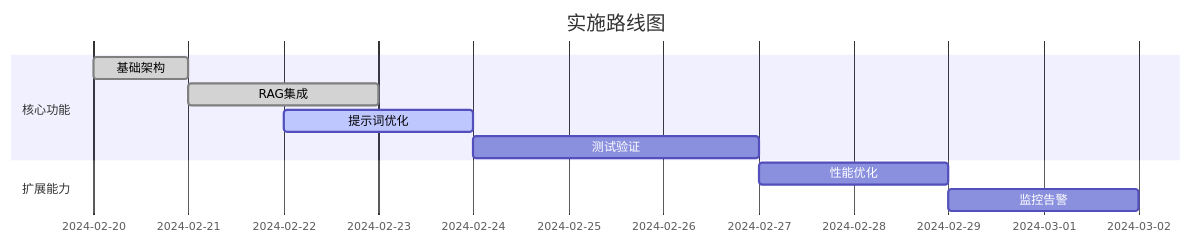
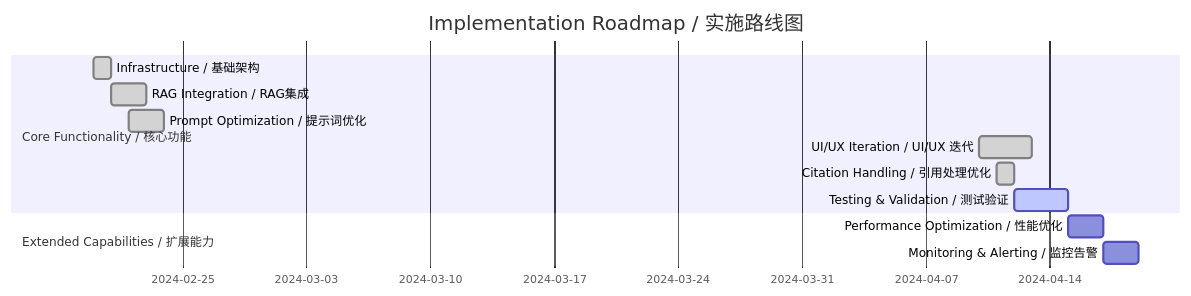
One commit to sztimhdd/AI_BIAN changed the third of 3 diagrams in README.md. Above: the diagram before and after it, drawn with Mermaid. The commit also changed other lines of this file, not shown here.

````diff
--- a/README.md
+++ b/README.md
@@ -128,13 +178,15 @@
 ```mermaid
 gantt
-    title 实施路线图
+    title Implementation Roadmap / 实施路线图
     dateFormat  YYYY-MM-DD
-    section 核心功能
-    基础架构       :done, des1, 2024-02-20, 1d
-    RAG集成        :done, des2, 2024-02-21, 2d
-    提示词优化     :active, des3, 2024-02-22, 2d
-    测试验证       : des4, after des3, 3d
-    section 扩展能力
-    性能优化       : des5, after des4, 2d
-    监控告警       : des6, after des5, 2d
+    section Core Functionality / 核心功能
+    Infrastructure / 基础架构       :done, des1, 2024-02-20, 1d
+    RAG Integration / RAG集成        :done, des2, 2024-02-21, 2d
+    Prompt Optimization / 提示词优化     :done, des3, 2024-02-22, 2d
+    UI/UX Iteration / UI/UX 迭代     :done, des4, 2024-04-10, 3d
+    Citation Handling / 引用处理优化   :done, des5, 2024-04-11, 1d
+    Testing & Validation / 测试验证       : active, des6, 2024-04-12, 3d
+    section Extended Capabilities / 扩展能力
+    Performance Optimization / 性能优化       : des7, after des6, 2d
+    Monitoring & Alerting / 监控告警       : des8, after des7, 2d
 ```
````
